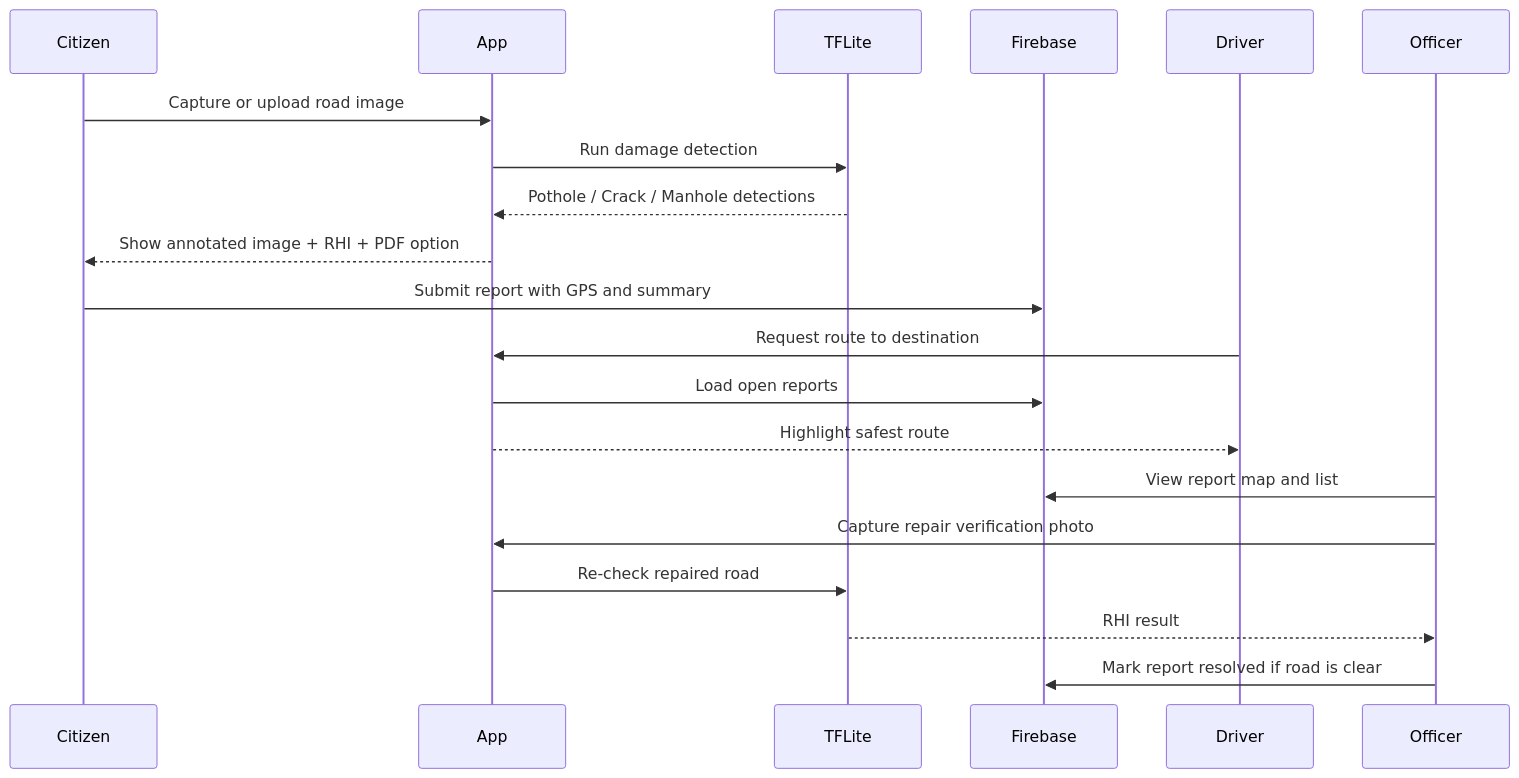
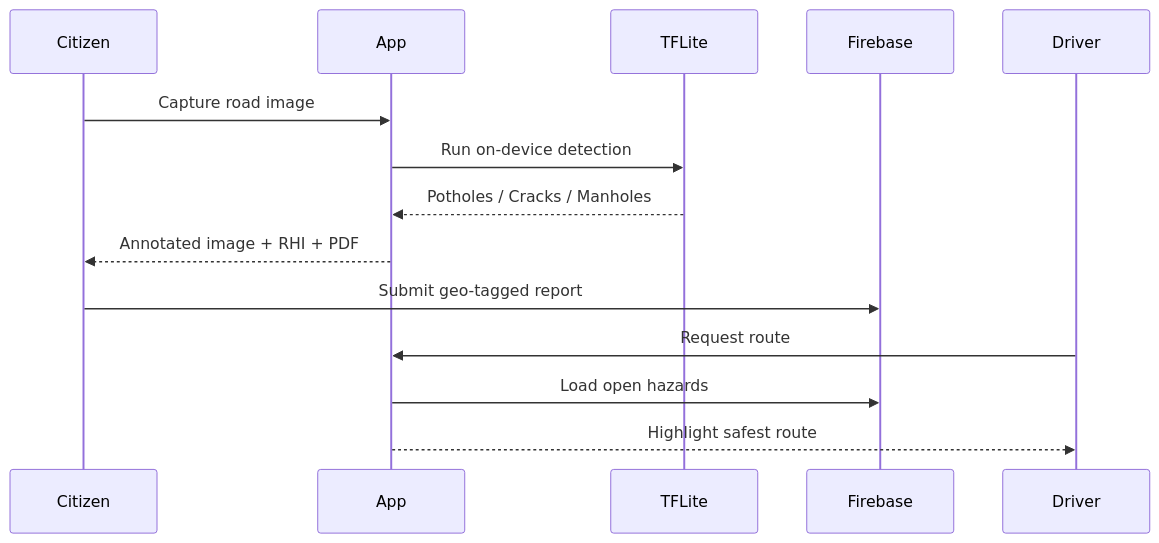
Before and after one commit to sarukeshray/RoadFlow-AI: the second of 2 diagrams in README.md, drawn with Mermaid. The commit also changed other lines of this file and 9 other files, not shown here.

````diff
--- a/README.md
+++ b/README.md
@@ -36,23 +98,17 @@
 ```mermaid
 sequenceDiagram
     participant Citizen
     participant App
     participant TFLite
     participant Firebase
     participant Driver
-    participant Officer
 
-    Citizen->>App: Capture or upload road image
-    App->>TFLite: Run damage detection
-    TFLite-->>App: Pothole / Crack / Manhole detections
-    App-->>Citizen: Show annotated image + RHI + PDF option
-    Citizen->>Firebase: Submit report with GPS and summary
-    Driver->>App: Request route to destination
-    App->>Firebase: Load open reports
+    Citizen->>App: Capture road image
+    App->>TFLite: Run on-device detection
+    TFLite-->>App: Potholes / Cracks / Manholes
+    App-->>Citizen: Annotated image + RHI + PDF
+    Citizen->>Firebase: Submit geo-tagged report
+    Driver->>App: Request route
+    App->>Firebase: Load open hazards
     App-->>Driver: Highlight safest route
-    Officer->>Firebase: View report map and list
-    Officer->>App: Capture repair verification photo
-    App->>TFLite: Re-check repaired road
-    TFLite-->>Officer: RHI result
-    Officer->>Firebase: Mark report resolved if road is clear
 ```
````
